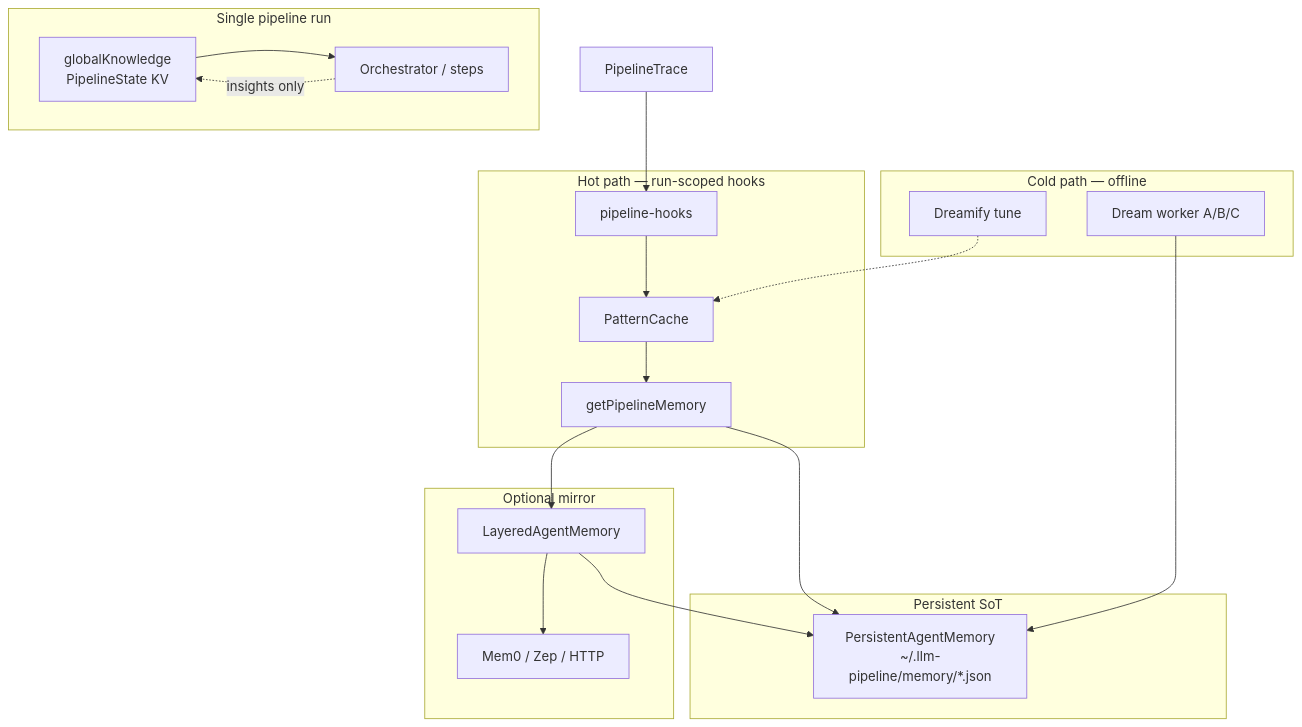
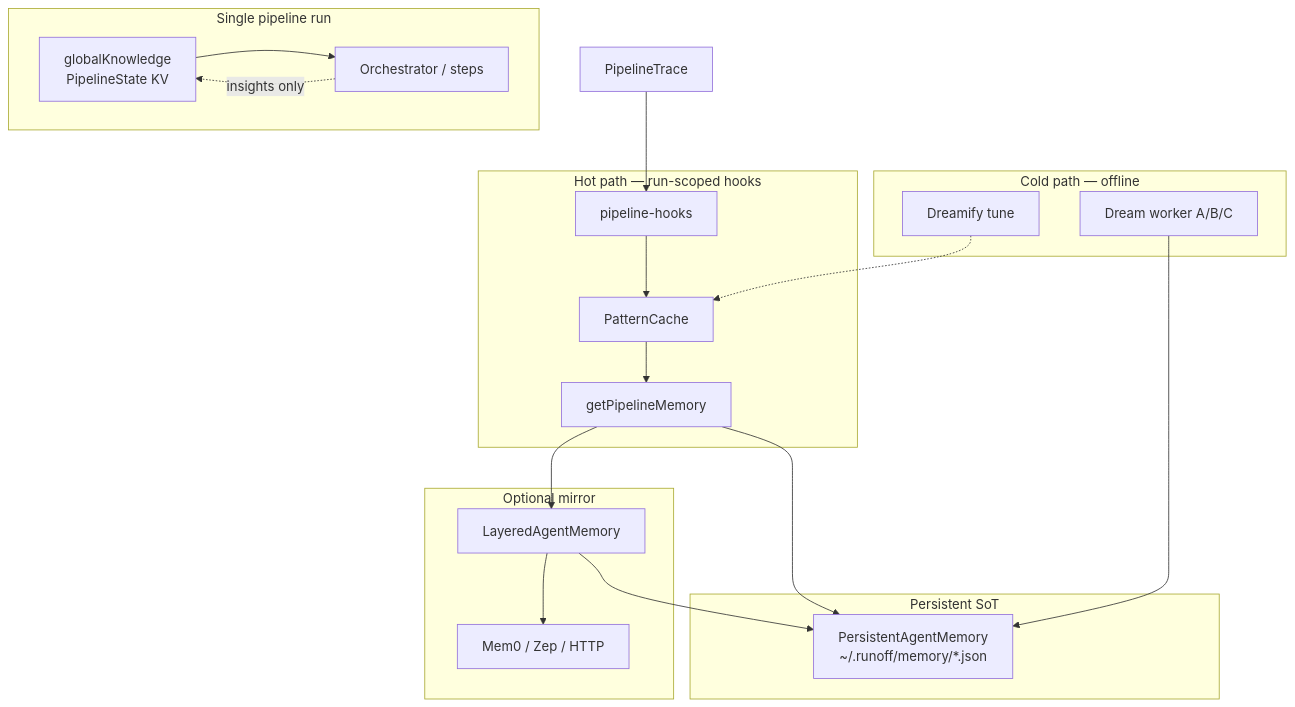
The diagram in docs/architecture/memory-layers.md (alexangelzhang/runoff), drawn with Mermaid before and after one commit. The commit also changed other lines of this file and 138 other files, not shown here.

First line of the commit message:
refactor: rename project llm-pipeline → runoff

````diff
--- a/docs/architecture/memory-layers.md
+++ b/docs/architecture/memory-layers.md
@@ -15,37 +15,37 @@
 ```mermaid
 flowchart TB
   subgraph run [Single pipeline run]
     GK[globalKnowledge<br/>PipelineState KV]
     GK --> Orch[Orchestrator / steps]
   end
 
   subgraph hot [Hot path — run-scoped hooks]
     Hooks[pipeline-hooks]
     PC[PatternCache]
     Hooks --> PC
     PC --> GPM[getPipelineMemory]
   end
 
   subgraph store [Persistent SoT]
-    Local[PersistentAgentMemory<br/>~/.llm-pipeline/memory/*.json]
+    Local[PersistentAgentMemory<br/>~/.runoff/memory/*.json]
   end
 
   subgraph remote [Optional mirror]
     Layered[LayeredAgentMemory]
     Mem0[Mem0 / Zep / HTTP]
     Layered --> Mem0
   end
 
   subgraph cold [Cold path — offline]
     Dream[Dream worker A/B/C]
     Dreamify[Dreamify tune]
   end
 
   GPM --> Local
   GPM --> Layered
   Layered --> Local
   Trace[PipelineTrace] --> Hooks
   Dream --> Local
   Dreamify -.-> PC
   Orch -.->|insights only| GK
 ```
````
